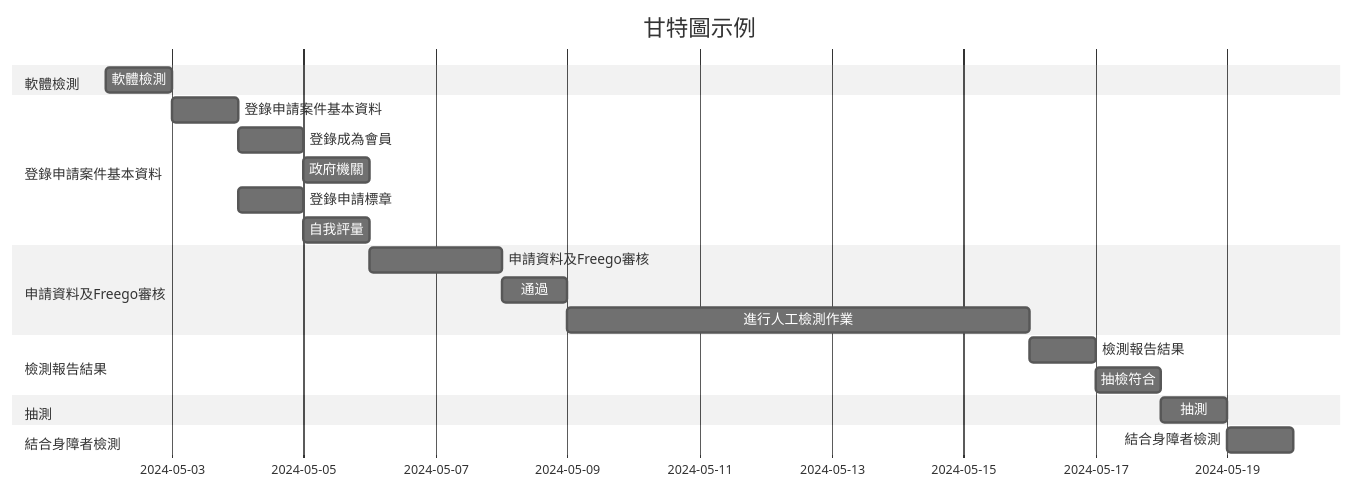
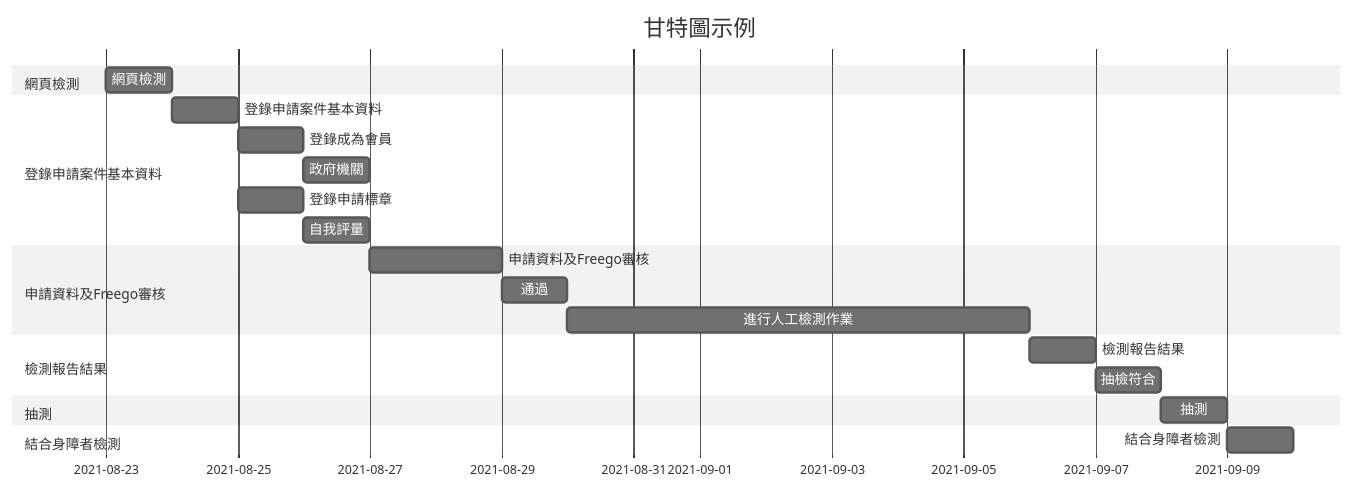
The second of 2 diagrams in HW2.md (C110118151/Team09), drawn with Mermaid (neutral theme) before and after one commit. The commit also changed other lines of this file, not shown here.

````diff
--- a/HW2.md
+++ b/HW2.md
@@ -42,28 +42,28 @@
 ```mermaid
 gantt
     title 甘特圖示例
 
-    section 軟體檢測
-    軟體檢測 :a1, 2024-05-02, 1d
+    section 網頁檢測
+    網頁檢測 :a1, 2021-08-23, 1d
 
     section 登錄申請案件基本資料
     登錄申請案件基本資料 :a2, after a1, 1d
     登錄成為會員 :a3, after a2, 1d
     政府機關 :a4, after a3, 1d
     登錄申請標章 :a6, after a2, 1d
     自我評量 :a7, after a6, 1d
 
     section 申請資料及Freego審核
     申請資料及Freego審核 :a8, after a7, 2d
     通過 :a9, after a8, 1d
     進行人工檢測作業 :a10, after a9, 7d
 
     section 檢測報告結果
     檢測報告結果 :a12, after a10, 1d
     抽檢符合 :a15, after a12, 1d
     section 抽測
     抽測 :a18, after a15, 1d
 
     section 結合身障者檢測
     結合身障者檢測 :a19, after a18, 1d
 ```
````
